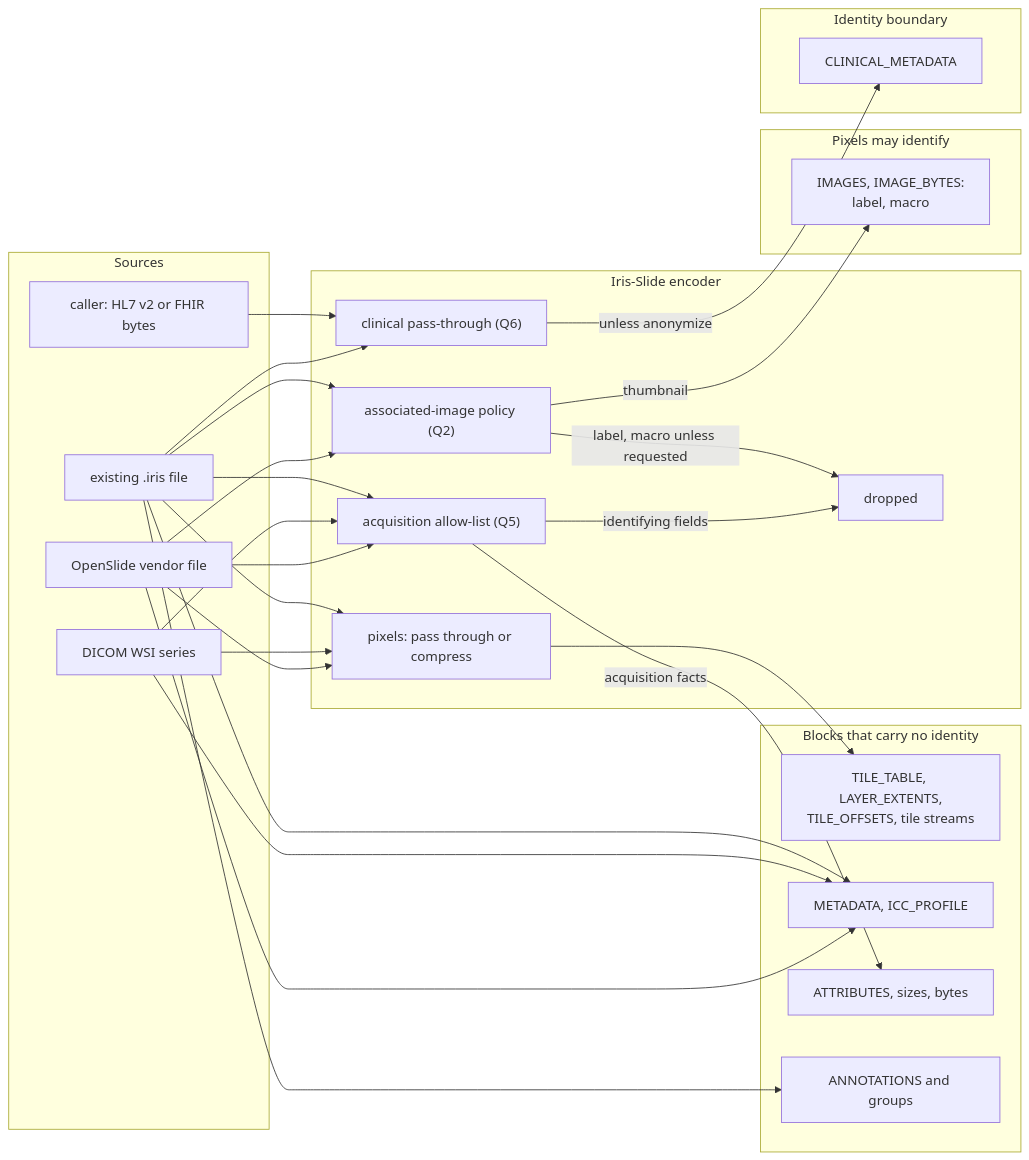
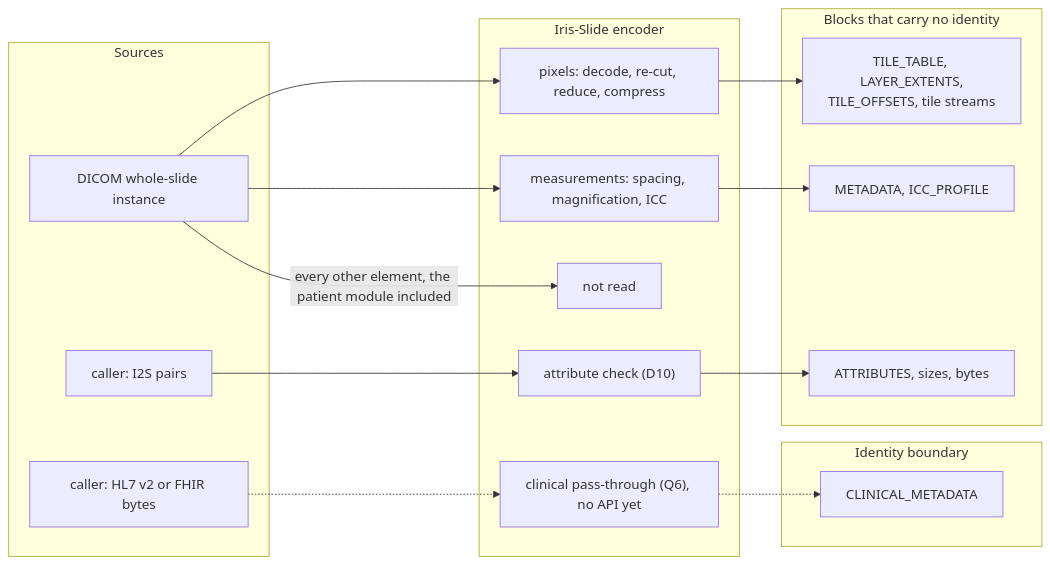
Before and after one commit to Aptix-Bio/Iris-Slide: the fifth of 5 diagrams in development/ARCHITECTURE.md, drawn with Mermaid. The commit also changed other lines of this file and 1 other file, not shown here.

````diff
--- a/development/ARCHITECTURE.md
+++ b/development/ARCHITECTURE.md
@@ -315,53 +320,36 @@
 ```mermaid
 flowchart LR
     subgraph sources["Sources"]
-        OS["OpenSlide vendor file"]
-        DCM["DICOM WSI series"]
-        IR["existing .iris file"]
+        DCM["DICOM whole-slide instance"]
+        CALLER["caller: I2S pairs"]
         USR["caller: HL7 v2 or FHIR bytes"]
     end
 
     subgraph slide["Iris-Slide encoder"]
-        PIX["pixels: pass through or compress"]
-        ALLOW["acquisition allow-list (Q5)"]
-        IMG["associated-image policy (Q2)"]
-        CLIN["clinical pass-through (Q6)"]
-        DROP["dropped"]
+        PIX["pixels: decode, re-cut, reduce, compress"]
+        MEAS["measurements: spacing, magnification, ICC"]
+        CHECK["attribute check (D10)"]
+        CLIN["clinical pass-through (Q6), no API yet"]
+        DROP["not read"]
     end
 
     subgraph open_blocks["Blocks that carry no identity"]
         TILES["TILE_TABLE, LAYER_EXTENTS,<br/>TILE_OFFSETS, tile streams"]
         META["METADATA, ICC_PROFILE"]
         ATTR["ATTRIBUTES, sizes, bytes"]
-        ANNO["ANNOTATIONS and groups"]
-    end
-
-    subgraph pixels_identify["Pixels may identify"]
-        IMB["IMAGES, IMAGE_BYTES:<br/>label, macro"]
     end
 
     subgraph identity["Identity boundary"]
         CL["CLINICAL_METADATA"]
     end
 
-    OS --> PIX
     DCM --> PIX
-    IR --> PIX
     PIX --> TILES
-    OS --> ALLOW
-    DCM --> ALLOW
-    IR --> ALLOW
-    ALLOW -->|"acquisition facts"| ATTR
-    ALLOW -->|"identifying fields"| DROP
-    OS --> IMG
-    IR --> IMG
-    IMG -->|"thumbnail"| IMB
-    IMG -->|"label, macro unless requested"| DROP
-    IR --> CLIN
-    USR --> CLIN
-    CLIN -->|"unless anonymize"| CL
-    OS --> META
-    DCM --> META
-    IR --> META
-    IR --> ANNO
+    DCM --> MEAS
+    MEAS --> META
+    DCM -->|"every other element, the patient module included"| DROP
+    CALLER --> CHECK
+    CHECK --> ATTR
+    USR -.-> CLIN
+    CLIN -.-> CL
 ```
````
